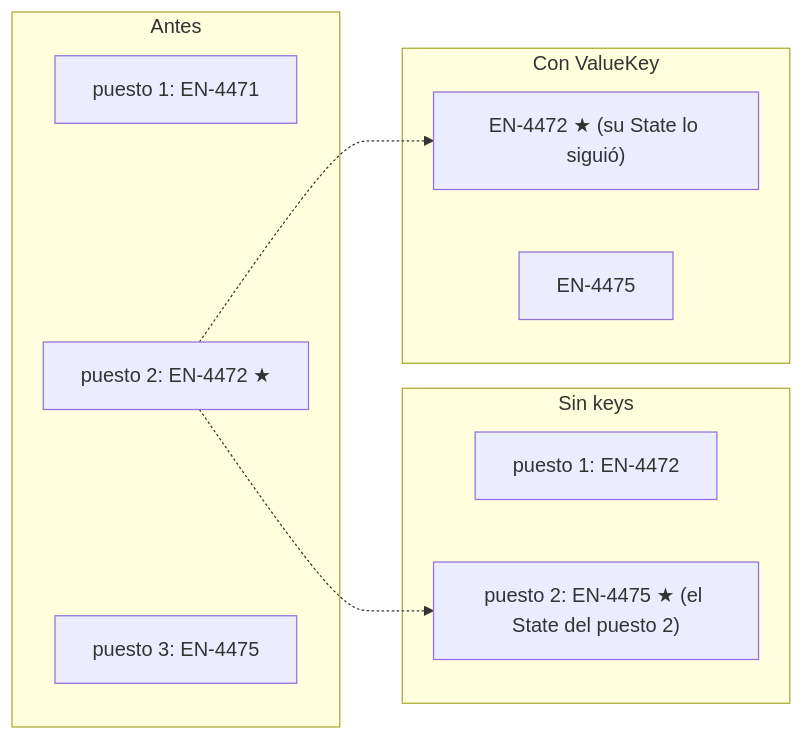
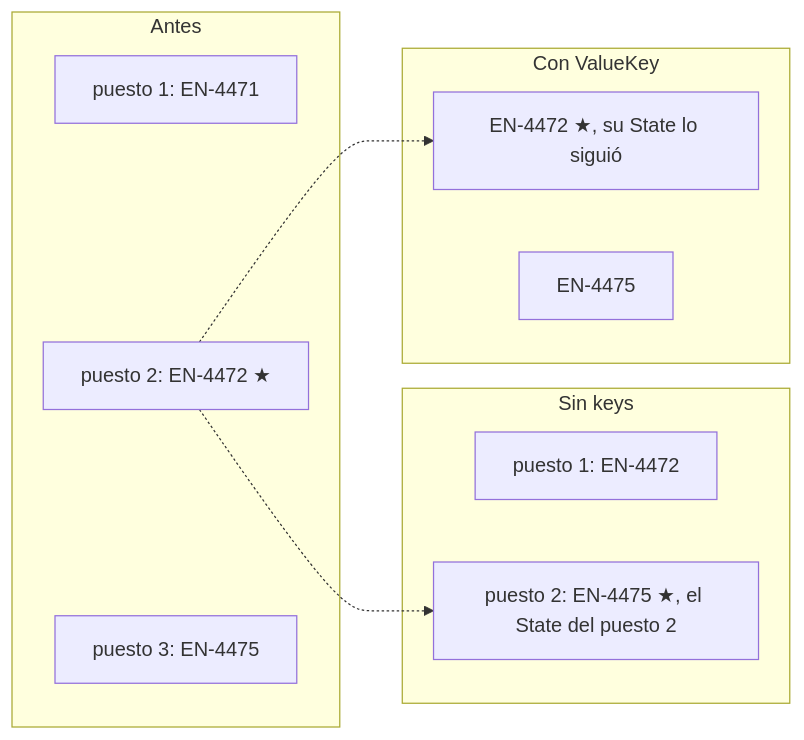
Before and after one commit to NICORUIZ93/The_Imperial_Book: the fifth of 7 diagrams in web/public/content/flutter/modulo-1.md, drawn with Mermaid. The commit also changed other lines of this file and 65 other files, not shown here.

````diff
--- a/web/public/content/flutter/modulo-1.md
+++ b/web/public/content/flutter/modulo-1.md
@@ -1566,18 +1949,18 @@
 ```mermaid
 flowchart LR
-    subgraph Antes
+    subgraph ANTES["Antes"]
         A1["puesto 1: EN-4471"]
         A2["puesto 2: EN-4472 ★"]
         A3["puesto 3: EN-4475"]
     end
-    subgraph Sin keys
+    subgraph SIN["Sin keys"]
         B1["puesto 1: EN-4472"]
-        B2["puesto 2: EN-4475 ★ (el State del puesto 2)"]
+        B2["puesto 2: EN-4475 ★, el State del puesto 2"]
     end
-    subgraph Con ValueKey
-        C1["EN-4472 ★ (su State lo siguió)"]
+    subgraph CON["Con ValueKey"]
+        C1["EN-4472 ★, su State lo siguió"]
         C2["EN-4475"]
     end
     A2 -.-> B2
     A2 -.-> C1
 ```
````
